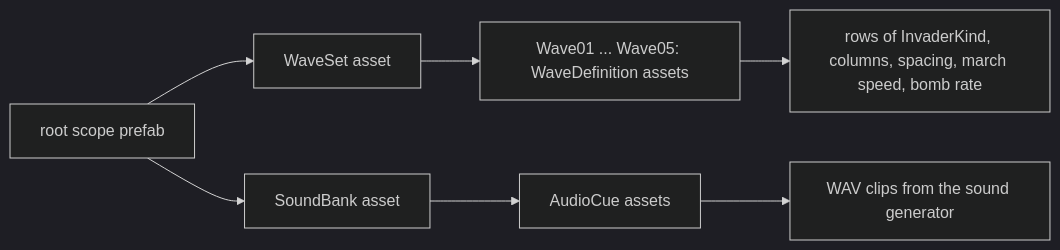
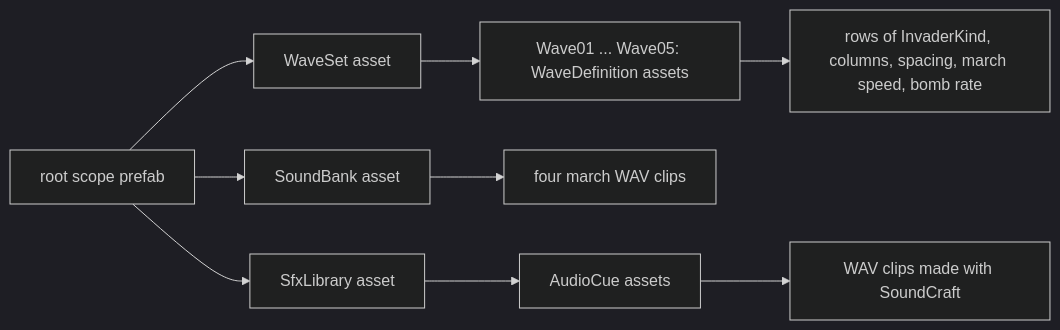
The seventh of 7 diagrams in Examples/SpaceInvaders/Documentation/Architecture.md (Uee03/Pretzel), drawn with Mermaid (dark theme) before and after one commit. The commit also changed other lines of this file and 889 other files, not shown here.

````diff
--- a/Examples/SpaceInvaders/Documentation/Architecture.md
+++ b/Examples/SpaceInvaders/Documentation/Architecture.md
@@ -207,9 +223,11 @@
 ```mermaid
 graph LR
     WaveSet["WaveSet asset"] --> W1["Wave01 ... Wave05: WaveDefinition assets"]
     W1 --> rows["rows of InvaderKind, columns, spacing, march speed, bomb rate"]
-    SoundBank["SoundBank asset"] --> cues["AudioCue assets"]
-    cues --> clips["WAV clips from the sound generator"]
+    SoundBank["SoundBank asset"] --> march["four march WAV clips"]
+    SfxLibrary["SfxLibrary asset"] --> cues["AudioCue assets"]
+    cues --> clips["WAV clips made with SoundCraft"]
     root["root scope prefab"] --> WaveSet
     root --> SoundBank
+    root --> SfxLibrary
 ```
````
